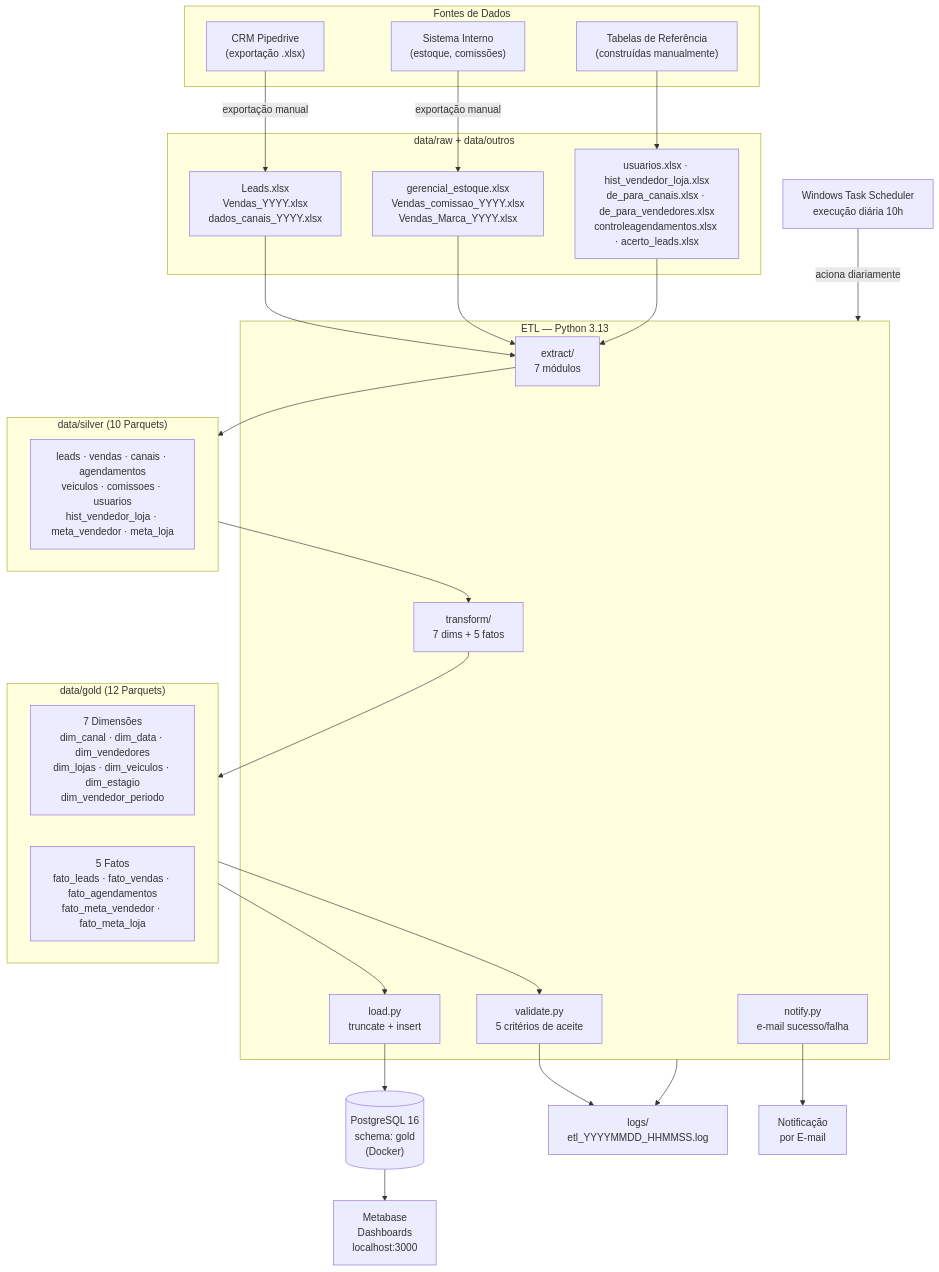
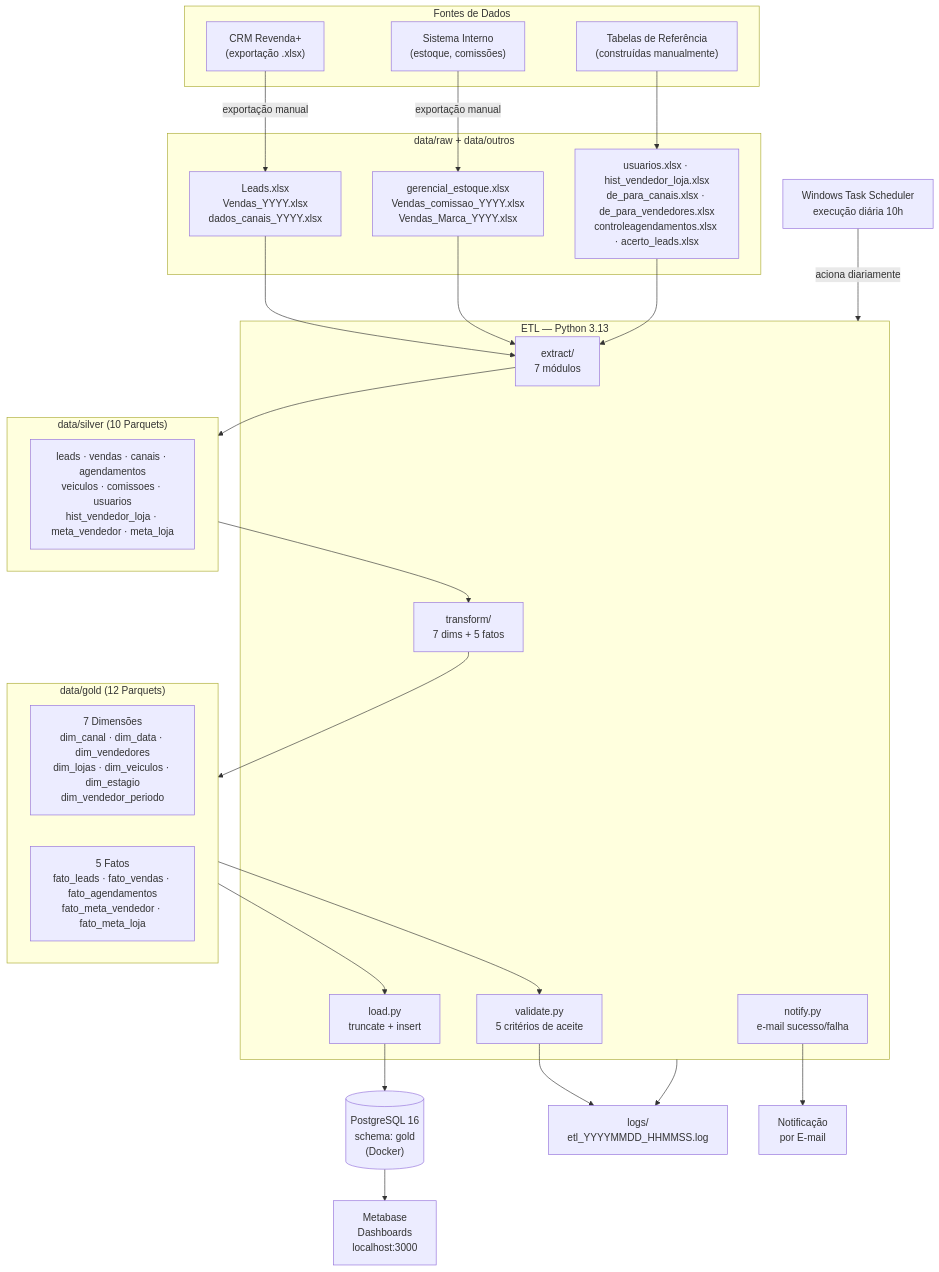
One commit to Gomesg1374/CRM_Analytics changed the diagram in README.md. Above: the diagram before and after it, drawn with Mermaid. The commit also changed other lines of this file, not shown here.

Commit message:
Fix CRM name in README: Pipedrive -> Revenda+

````diff
--- a/README.md
+++ b/README.md
@@ -9,53 +9,53 @@
 ```mermaid
 flowchart TD
     subgraph SRC["Fontes de Dados"]
-        CRM["CRM Pipedrive\n(exportação .xlsx)"]
+        CRM["CRM Revenda+\n(exportação .xlsx)"]
         ERP["Sistema Interno\n(estoque, comissões)"]
         MAN["Tabelas de Referência\n(construídas manualmente)"]
     end
 
     subgraph RAW["data/raw  +  data/outros"]
         R1["Leads.xlsx\nVendas_YYYY.xlsx\ndados_canais_YYYY.xlsx"]
         R2["gerencial_estoque.xlsx\nVendas_comissao_YYYY.xlsx\nVendas_Marca_YYYY.xlsx"]
         R3["usuarios.xlsx · hist_vendedor_loja.xlsx\nde_para_canais.xlsx · de_para_vendedores.xlsx\ncontroleagendamentos.xlsx · acerto_leads.xlsx"]
     end
 
     subgraph ETL["ETL — Python 3.13"]
         EX["extract/\n7 módulos"]
         TR["transform/\n7 dims + 5 fatos"]
         LD["load.py\ntruncate + insert"]
         VA["validate.py\n5 critérios de aceite"]
         NT["notify.py\ne-mail sucesso/falha"]
     end
 
     subgraph SLV["data/silver  (10 Parquets)"]
         S["leads · vendas · canais · agendamentos\nveiculos · comissoes · usuarios\nhist_vendedor_loja · meta_vendedor · meta_loja"]
     end
 
     subgraph GLD["data/gold  (12 Parquets)"]
         DIM["7 Dimensões\ndim_canal · dim_data · dim_vendedores\ndim_lojas · dim_veiculos · dim_estagio\ndim_vendedor_periodo"]
         FAT["5 Fatos\nfato_leads · fato_vendas · fato_agendamentos\nfato_meta_vendedor · fato_meta_loja"]
     end
 
     PG[("PostgreSQL 16\nschema: gold\n(Docker)")]
     MB["Metabase\nDashboards\nlocalhost:3000"]
     SCH["Windows Task Scheduler\nexecução diária 10h"]
     LOG["logs/\netl_YYYYMMDD_HHMMSS.log"]
     EMAIL["Notificação\npor E-mail"]
 
     CRM -->|exportação manual| R1
     ERP -->|exportação manual| R2
     MAN --> R3
     R1 & R2 & R3 --> EX
     EX --> SLV
     SLV --> TR
     TR --> GLD
     GLD --> LD
     LD --> PG
     GLD --> VA
     VA --> LOG
     NT --> EMAIL
     PG --> MB
     SCH -->|"aciona diariamente"| ETL
     ETL --> LOG
 ```
````
